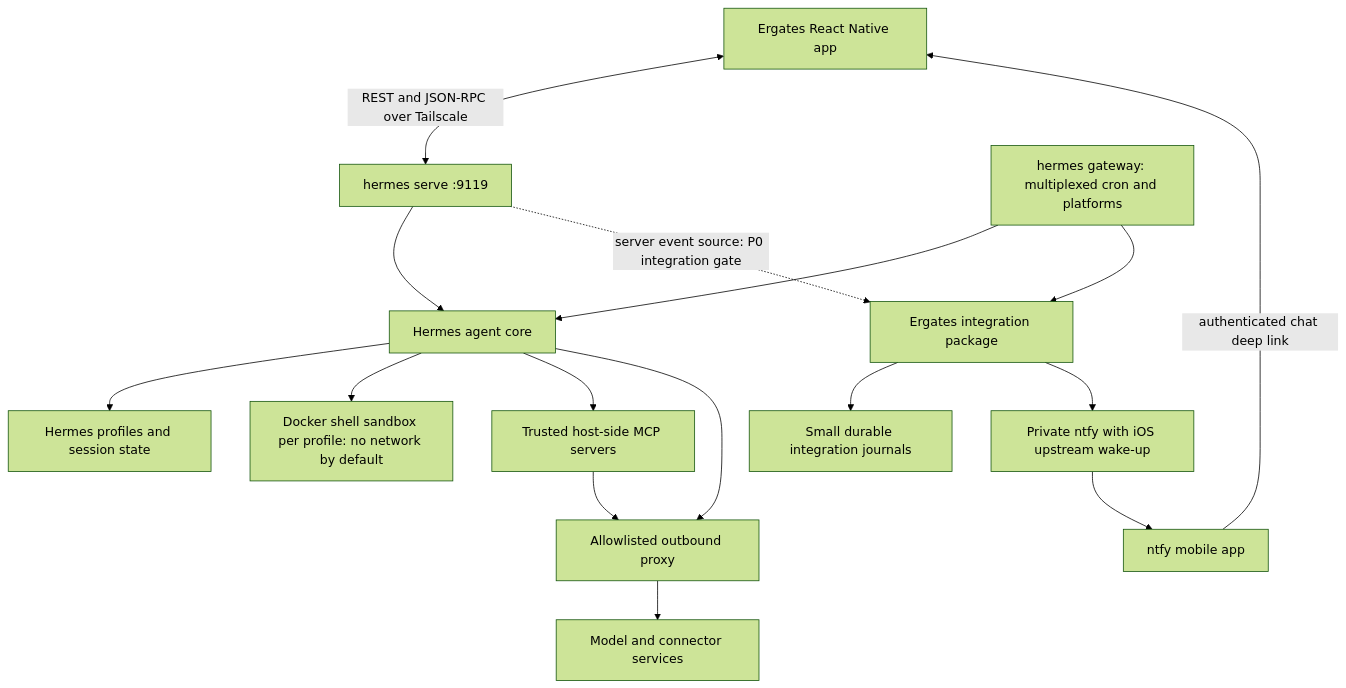
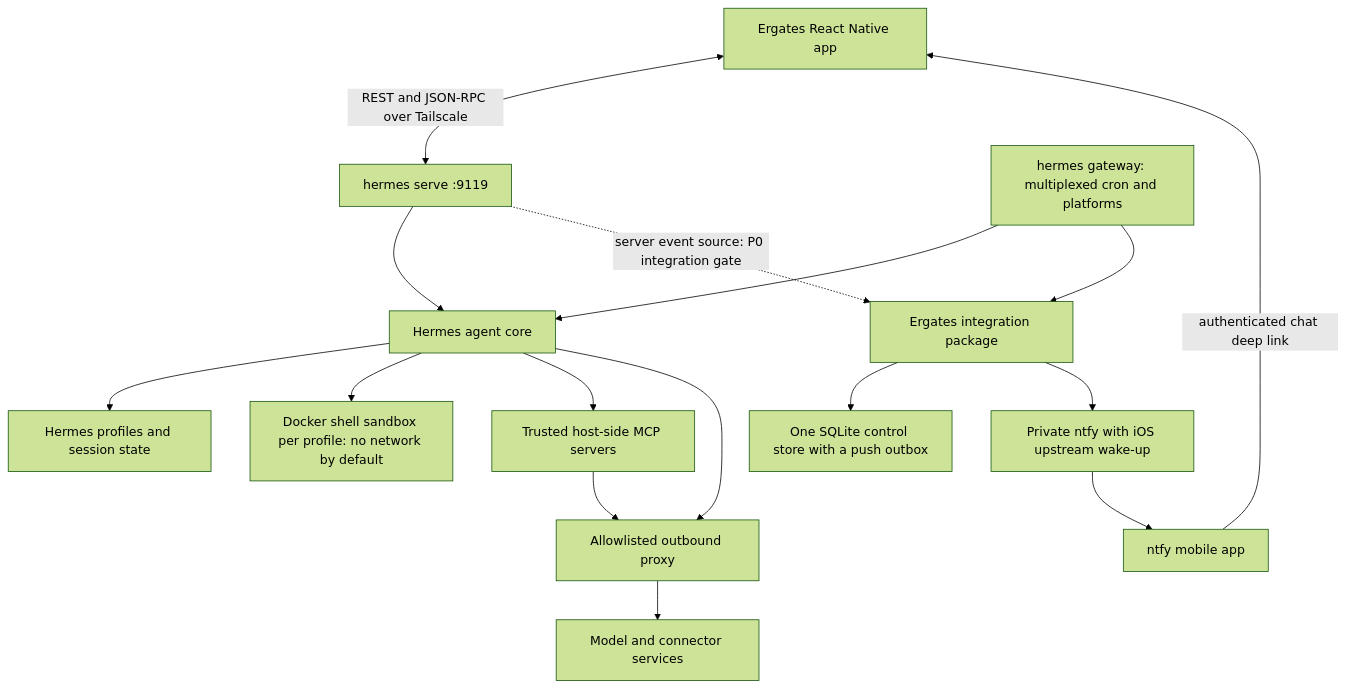
The first of 2 diagrams in docs/03-technical-design.md (jopmiddelkamp/hermes-ergates), drawn with Mermaid (forest theme) before and after one commit. The commit also changed other lines of this file and 14 other files, not shown here.

Commit message:
feat(ergates): push finished routines, sweep the shared store, drop the JSON journals

````diff
--- a/docs/03-technical-design.md
+++ b/docs/03-technical-design.md
@@ -13,18 +13,18 @@
 ```mermaid
 flowchart TB
   APP[Ergates React Native app] <-->|REST and JSON-RPC over Tailscale| SERVE[hermes serve :9119]
   SERVE --> CORE[Hermes agent core]
   GW[hermes gateway: multiplexed cron and platforms] --> CORE
   CORE --> STATE[Hermes profiles and session state]
   CORE --> SBX[Docker shell sandbox per profile: no network by default]
   CORE --> MCP[Trusted host-side MCP servers]
   CORE --> EDGE[Allowlisted outbound proxy]
   MCP --> EDGE
   EDGE --> PROVIDERS[Model and connector services]
   SERVE -.->|server event source: P0 integration gate| INT[Ergates integration package]
   GW --> INT
-  INT --> RECEIPTS[Small durable integration journals]
+  INT --> RECEIPTS[One SQLite control store with a push outbox]
   INT --> NTFY[Private ntfy with iOS upstream wake-up]
   NTFY --> PHONE[ntfy mobile app]
   PHONE -->|authenticated chat deep link| APP
 ```
````
